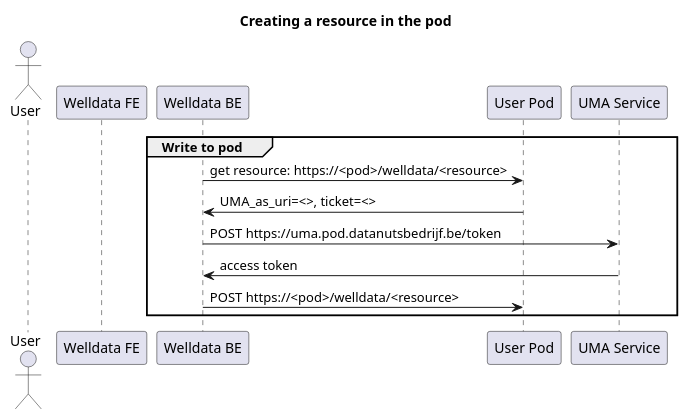
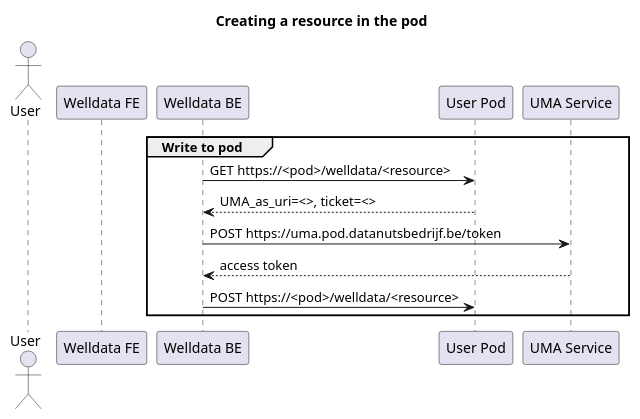
The diagram in input/images-source/pod-access.plantuml (GIDSOpenStandaarden/welldata-implementation-guide), drawn with PlantUML before and after one commit. The commit also changed other lines of this file and 2 other files, not shown here.

Commit message:
Update PlantUML diagrams to use HTTP method annotations
Revised PlantUML sequence diagrams to explicitly specify HTTP methods (e.g., GET, POST) for better clarity and alignment with standard conventions. Also updated arrow styles to accurately reflect synchronous and asynchronous message flows.

```diff
--- a/input/images-source/pod-access.plantuml
+++ b/input/images-source/pod-access.plantuml
@@ -1,17 +1,17 @@
 @startuml
 title Creating a resource in the pod
 actor "User" as user
 participant "Welldata FE" as welldataFE
 participant "Welldata BE" as welldataBE
 participant "User Pod" as pod
 participant "UMA Service" as umaservice
 
 group Write to pod
- welldataBE->pod: get resource: https://<pod>/welldata/<resource>
- pod->welldataBE: UMA_as_uri=<>, ticket=<>
+ welldataBE->pod: GET https://<pod>/welldata/<resource>
+ pod-->welldataBE: UMA_as_uri=<>, ticket=<>
  welldataBE->umaservice: POST https://uma.pod.datanutsbedrijf.be/token
- umaservice->welldataBE: access token
+ umaservice-->welldataBE: access token
  welldataBE->pod: POST https://<pod>/welldata/<resource>
 end
 
 @enduml
```
